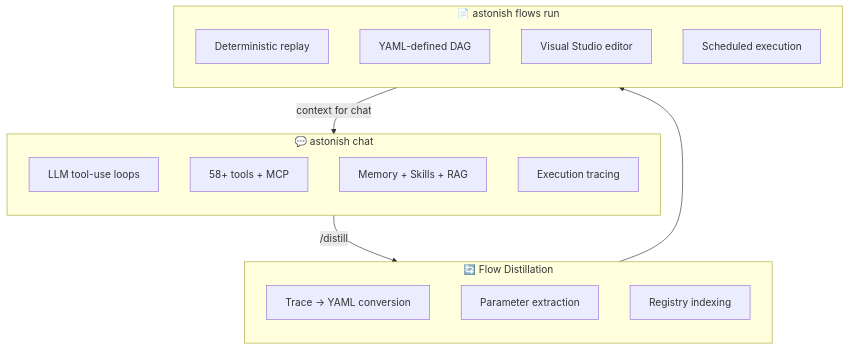
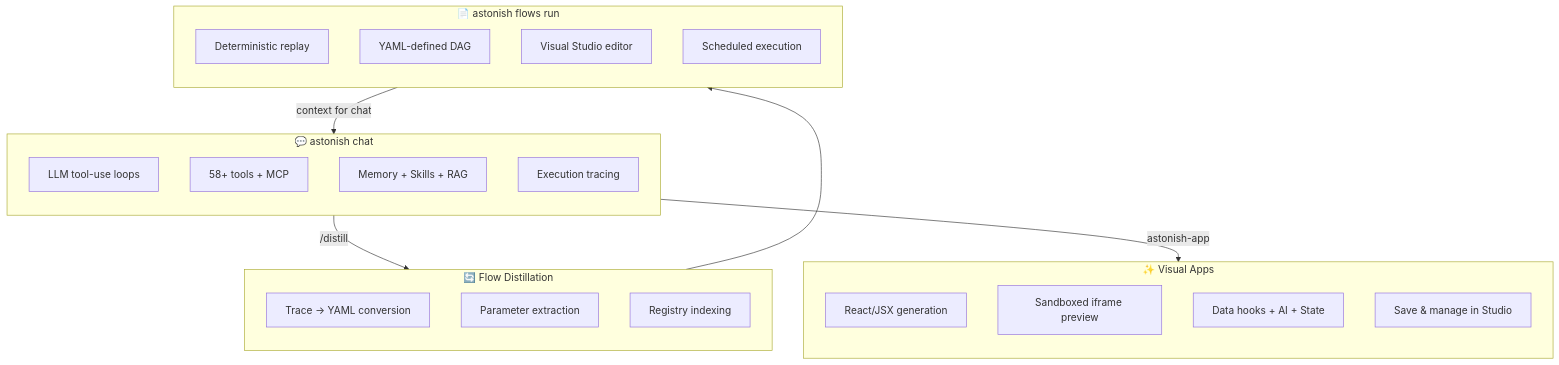
Before and after one commit to schardosin/astonish: the diagram in README.md, drawn with Mermaid. The commit also changed other lines of this file, not shown here.

First line of the commit message:
docs: add Visual Apps section to README

````diff
--- a/README.md
+++ b/README.md
@@ -284,29 +311,38 @@
 ```mermaid
 flowchart TB
     subgraph Chat["💬 astonish chat"]
         direction TB
         C1["LLM tool-use loops"]
         C2["58+ tools + MCP"]
         C3["Memory + Skills + RAG"]
         C4["Execution tracing"]
     end
 
     subgraph Distill["🔄 Flow Distillation"]
         direction TB
         D1["Trace → YAML conversion"]
         D2["Parameter extraction"]
         D3["Registry indexing"]
     end
 
     subgraph Flows["📄 astonish flows run"]
         direction TB
         F1["Deterministic replay"]
         F2["YAML-defined DAG"]
         F3["Visual Studio editor"]
         F4["Scheduled execution"]
     end
 
+    subgraph Apps["✨ Visual Apps"]
+        direction TB
+        A1["React/JSX generation"]
+        A2["Sandboxed iframe preview"]
+        A3["Data hooks + AI + State"]
+        A4["Save & manage in Studio"]
+    end
+
     Chat -->|/distill| Distill
     Distill --> Flows
     Flows -->|"context for chat"| Chat
+    Chat -->|"astonish-app"| Apps
 ```
````
